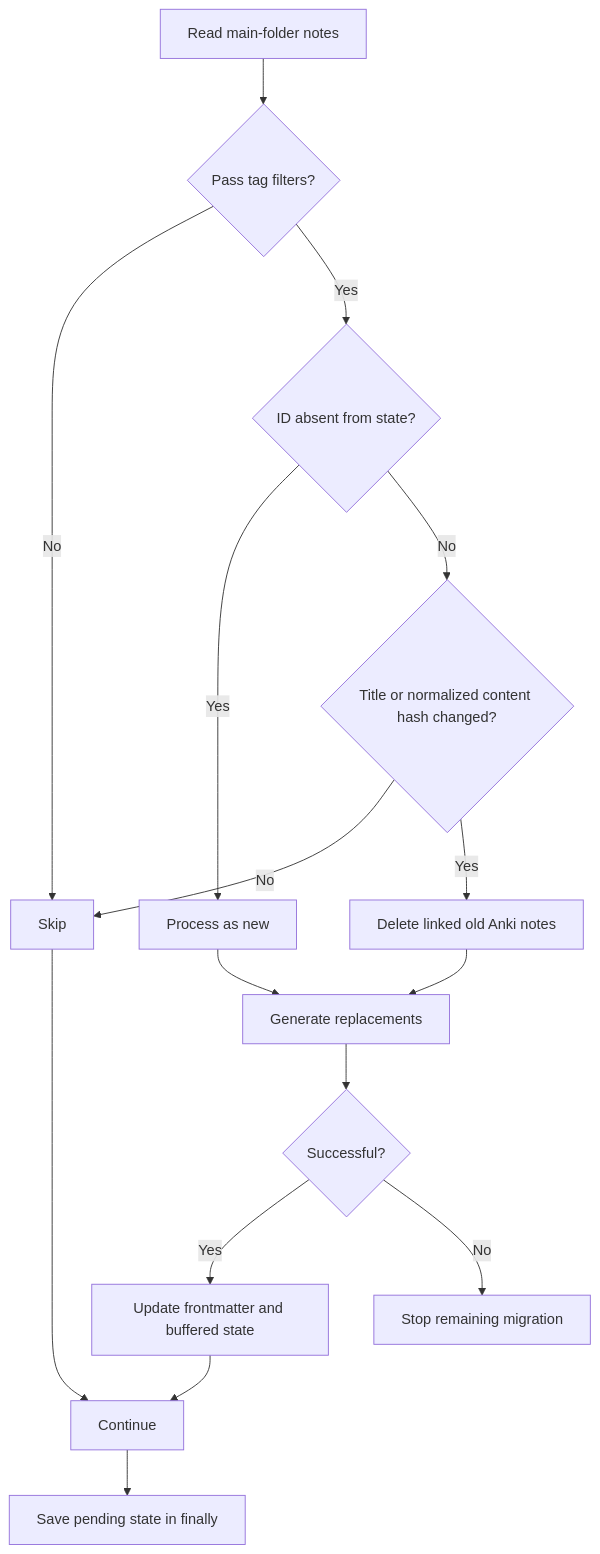
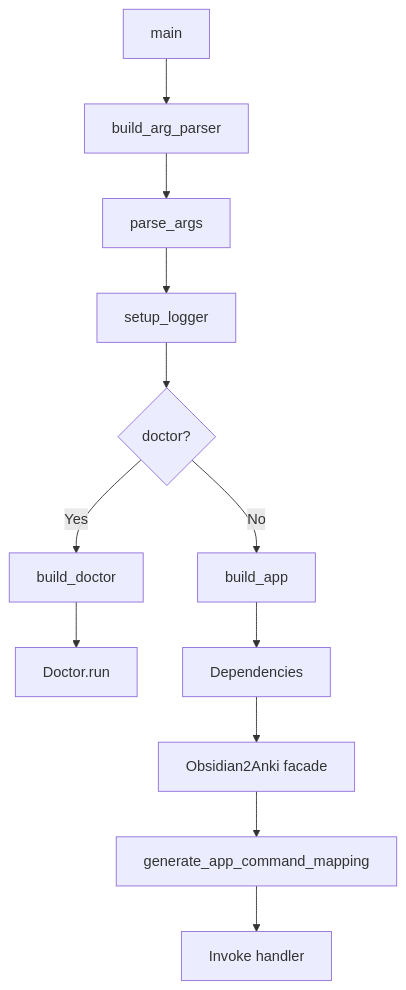
The second of 5 diagrams in docs/architecture.md (NikaMalakmadze/Obsidian2Anki), drawn with Mermaid before and after one commit. The commit also changed other lines of this file and 6 other files, not shown here.

````diff
--- a/docs/architecture.md
+++ b/docs/architecture.md
@@ -823,18 +131,14 @@
 ```mermaid
 flowchart TD
-    A[Read main-folder notes] --> B{Pass tag filters?}
-    B -- No --> C[Skip]
-    B -- Yes --> D{ID absent from state?}
-    D -- Yes --> E[Process as new]
-    D -- No --> F{Title or normalized content hash changed?}
-    F -- No --> C
-    F -- Yes --> G[Delete linked old Anki notes]
-    G --> H[Generate replacements]
-    E --> H
-    H --> I{Successful?}
-    I -- Yes --> J[Update frontmatter and buffered state]
-    I -- No --> K[Stop remaining migration]
-    J --> L[Continue]
-    C --> L
-    L --> M[Save pending state in finally]
+    A[main] --> B[build_arg_parser]
+    B --> C[parse_args]
+    C --> D[setup_logger]
+    D --> E{doctor?}
+    E -- Yes --> F[build_doctor]
+    F --> G[Doctor.run]
+    E -- No --> H[build_app]
+    H --> I[Dependencies]
+    I --> J[Obsidian2Anki facade]
+    J --> K[generate_app_command_mapping]
+    K --> L[Invoke handler]
 ```
````
